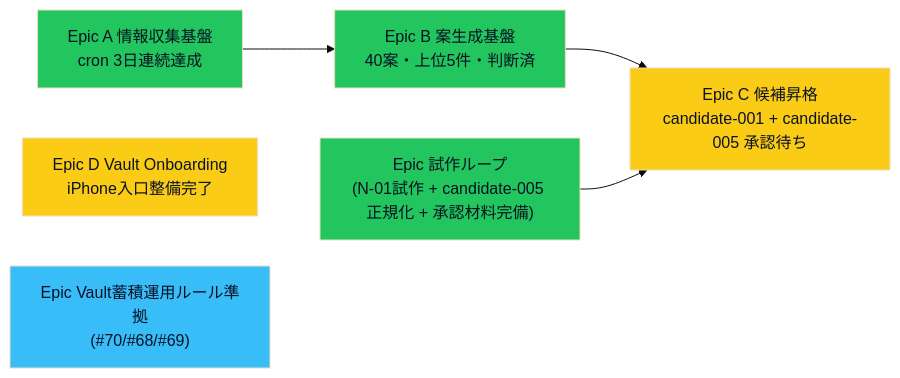
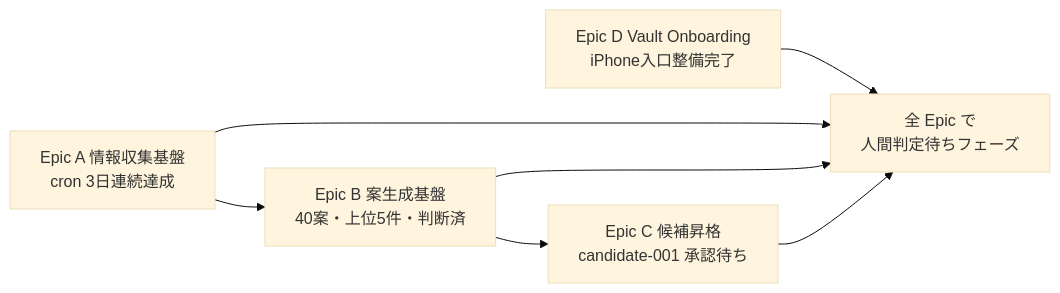
One commit to kaeru07/vault changed the diagram in 05_monetization/epics.md. Above: the diagram before and after it, drawn with Mermaid (base theme). The commit also changed other lines of this file and 35 other files, not shown here.

````diff
--- a/05_monetization/epics.md
+++ b/05_monetization/epics.md
@@ -110,13 +110,9 @@
 ```mermaid
 flowchart LR
-  A["Epic A 情報収集基盤<br/>cron 3日連続達成"]:::done --> B["Epic B 案生成基盤<br/>40案・上位5件・判断済"]:::done
-  B --> C["Epic C 候補昇格<br/>candidate-001 + candidate-005 承認待ち"]:::user
-  D["Epic D Vault Onboarding<br/>iPhone入口整備完了"]:::user
-  E["Epic 試作ループ<br/>(N-01試作 + candidate-005 正規化 + 承認材料完備)"]:::done --> C
-  F["Epic Vault蓄積運用ルール準拠<br/>(#70/#68/#69)"]:::working
-
-  classDef done fill:#22c55e,color:#0b1224
-  classDef user fill:#facc15,color:#0b1224
-  classDef working fill:#38bdf8,color:#0b1224
-  classDef next fill:#a78bfa,color:#0b1224
+  A["Epic A 情報収集基盤<br/>cron 3日連続達成"] --> B["Epic B 案生成基盤<br/>40案・上位5件・判断済"]
+  B --> C["Epic C 候補昇格<br/>candidate-001 承認待ち"]
+  D["Epic D Vault Onboarding<br/>iPhone入口整備完了"] --> All["全 Epic で<br/>人間判定待ちフェーズ"]
+  A --> All
+  B --> All
+  C --> All
 ```
````
